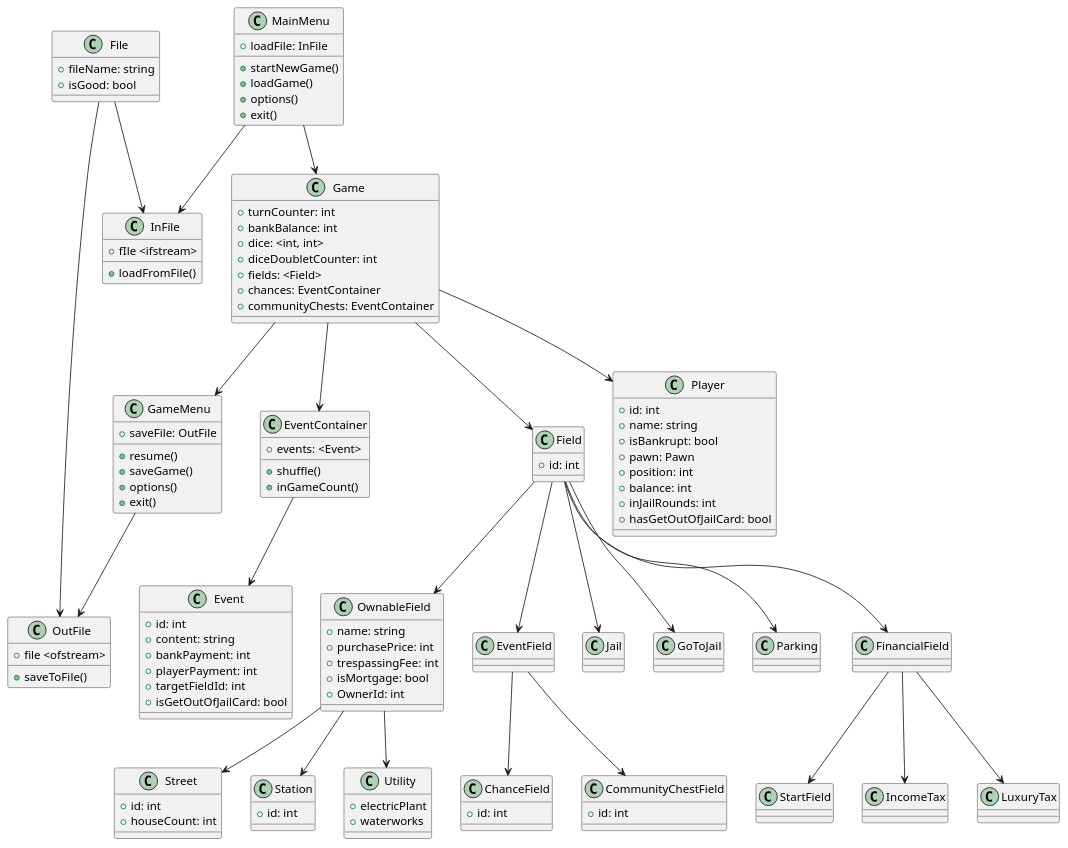
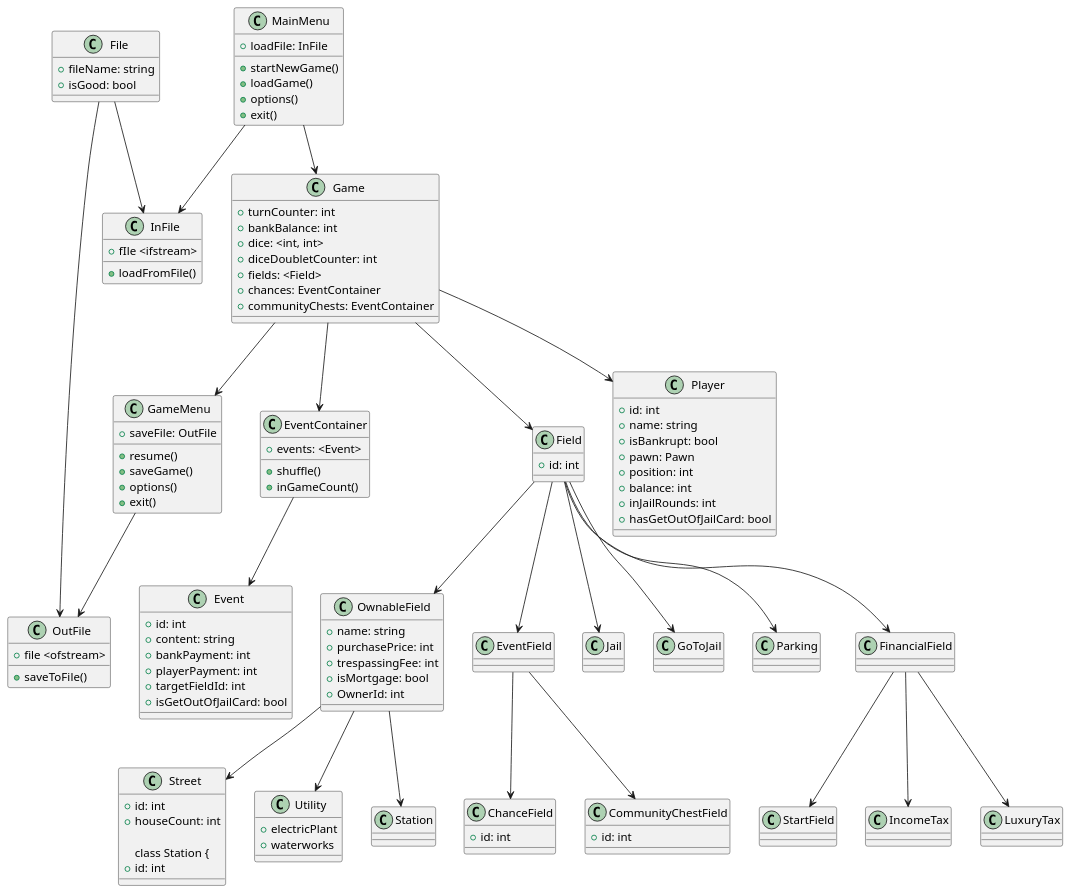
The diagram in diagram.puml (J4CeX/PROI_monopoly), drawn with PlantUML before and after one commit. The commit also changed 20 other files, not shown here.

```diff
--- a/diagram.puml
+++ b/diagram.puml
@@ -1,163 +1,162 @@
 @startuml name
 class Game {
     +turnCounter: int
     +bankBalance: int
     +dice: <int, int>
     +diceDoubletCounter: int
     +fields: <Field>
     +chances: EventContainer
     +communityChests: EventContainer
     ' +callMenu()
     ' +findCurrentPlayer()
     ' +playerHypothecatesField()
     ' +waitingMode()
     ' +endWaitingMode()
     ' +playerBuysHouse()
     ' +playerSellsHouse()
     ' +rollDice()
     ' +movePlayer()
     ' +checkTargetField()
     ' +playerGoesToJail()
 }
 
 class File {
     +fileName: string
     +isGood: bool
 }
 
 class OutFile {
     +file <ofstream>
     +saveToFile()
 }
 
 class InFile {
     +fIle <ifstream>
     +loadFromFile()
 }
 
 class MainMenu {
     +loadFile: InFile
     +startNewGame()
     +loadGame()
     +options()
     +exit()
 }
 
 class GameMenu {
     +saveFile: OutFile
     +resume()
     +saveGame()
     +options()
     +exit()
 }
 
 class EventContainer {
     +events: <Event>
     +shuffle()
     +inGameCount()
 }
 
 class Event {
     +id: int
     +content: string
     +bankPayment: int
     +playerPayment: int
     +targetFieldId: int
     +isGetOutOfJailCard: bool
 }
 
 class Field {
     +id: int
 }
 
 class OwnableField {
     +name: string
     +purchasePrice: int
     +trespassingFee: int
     +isMortgage: bool
     +OwnerId: int
 }
 
 class Street {
     +id: int
     +houseCount: int
-}
 
 class Station {
     +id: int
 }
 
 class Utility {
     +electricPlant
     +waterworks
 }
 
 class EventField {
 }
 
 class ChanceField {
     +id: int
 }
 
 class CommunityChestField {
     +id: int
 }
 
 class Jail {}
 
 class GoToJail {}
 
 class Parking {}
 
 class FinancialField {}
 
 class StartField {}
 
 class IncomeTax {}
 
 class LuxuryTax {}
 
 class Player {
     +id: int
     +name: string
     +isBankrupt: bool
     +pawn: Pawn
     +position: int
     +balance: int
     +inJailRounds: int
     +hasGetOutOfJailCard: bool
 }
 
 MainMenu --> Game
 MainMenu --> InFile
 
 Game --> EventContainer
 Game --> Field
 Game --> Player
 Game --> GameMenu
 
 File --> InFile
 File --> OutFile
 
 GameMenu --> OutFile
 
 EventContainer --> Event
 
 Field --> OwnableField
 Field --> EventField
 Field --> Jail
 Field --> GoToJail
 Field --> Parking
 Field --> FinancialField
 
 OwnableField --> Street
 OwnableField --> Station
 OwnableField --> Utility
 
 EventField --> ChanceField
 EventField --> CommunityChestField
 
 FinancialField --> StartField
 FinancialField --> IncomeTax
 FinancialField --> LuxuryTax
 @enduml
```
